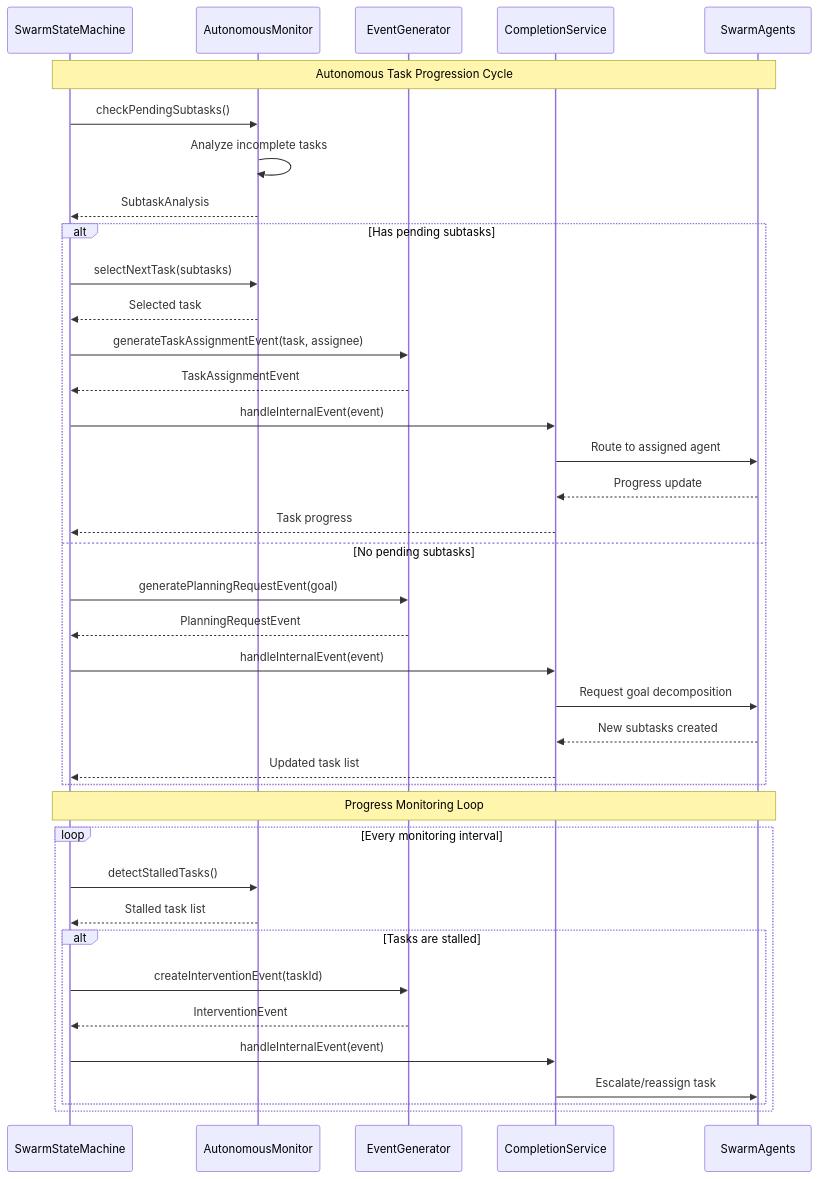
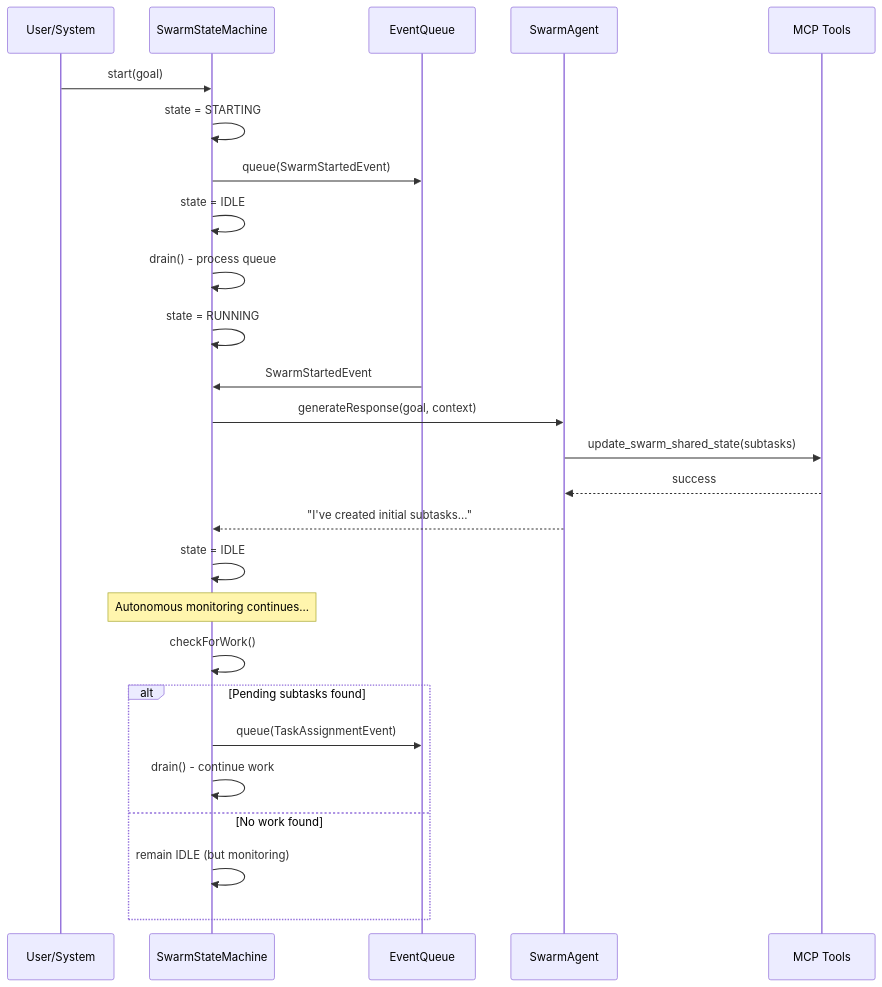
One commit to Vrooli/Vrooli changed the second of 2 diagrams in docs/architecture/execution/tiers/tier1-coordination-intelligence/swarm-state-machine.md. Above: the diagram before and after it, drawn with Mermaid. The commit also changed other lines of this file and 46 other files, not shown here.

````diff
--- a/docs/architecture/execution/tiers/tier1-coordination-intelligence/swarm-state-machine.md
+++ b/docs/architecture/execution/tiers/tier1-coordination-intelligence/swarm-state-machine.md
@@ -74,46 +153,31 @@
 ```mermaid
 sequenceDiagram
-    participant SSM as SwarmStateMachine
-    participant AM as AutonomousMonitor  
-    participant EG as EventGenerator
-    participant CS as CompletionService
-    participant Agents as SwarmAgents
+    participant User as User/System
+    participant SM as SwarmStateMachine
+    participant Queue as EventQueue
+    participant Agent as SwarmAgent
+    participant Tools as MCP Tools
 
-    Note over SSM,Agents: Autonomous Task Progression Cycle
-
-    SSM->>AM: checkPendingSubtasks()
-    AM->>AM: Analyze incomplete tasks
-    AM-->>SSM: SubtaskAnalysis
+    User->>SM: start(goal)
+    SM->>SM: state = STARTING
+    SM->>Queue: queue(SwarmStartedEvent)
+    SM->>SM: state = IDLE
     
-    alt Has pending subtasks
-        SSM->>AM: selectNextTask(subtasks)
-        AM-->>SSM: Selected task
-        SSM->>EG: generateTaskAssignmentEvent(task, assignee)
-        EG-->>SSM: TaskAssignmentEvent
-        SSM->>CS: handleInternalEvent(event)
-        CS->>Agents: Route to assigned agent
-        Agents-->>CS: Progress update
-        CS-->>SSM: Task progress
-    else No pending subtasks
-        SSM->>EG: generatePlanningRequestEvent(goal)
-        EG-->>SSM: PlanningRequestEvent
-        SSM->>CS: handleInternalEvent(event)  
-        CS->>Agents: Request goal decomposition
-        Agents-->>CS: New subtasks created
-        CS-->>SSM: Updated task list
-    end
+    SM->>SM: drain() - process queue
+    SM->>SM: state = RUNNING
+    Queue->>SM: SwarmStartedEvent
+    SM->>Agent: generateResponse(goal, context)
+    Agent->>Tools: update_swarm_shared_state(subtasks)
+    Tools-->>Agent: success
+    Agent-->>SM: "I've created initial subtasks..."
+    SM->>SM: state = IDLE
     
-    Note over SSM,Agents: Progress Monitoring Loop
-    
-    loop Every monitoring interval
-        SSM->>AM: detectStalledTasks()
-        AM-->>SSM: Stalled task list
-        
-        alt Tasks are stalled
-            SSM->>EG: createInterventionEvent(taskId)
-            EG-->>SSM: InterventionEvent
-            SSM->>CS: handleInternalEvent(event)
-            CS->>Agents: Escalate/reassign task
-        end
+    Note over SM: Autonomous monitoring continues...
+    SM->>SM: checkForWork()
+    alt Pending subtasks found
+        SM->>Queue: queue(TaskAssignmentEvent)
+        SM->>SM: drain() - continue work
+    else No work found
+        SM->>SM: remain IDLE (but monitoring)
     end
 ```
````
